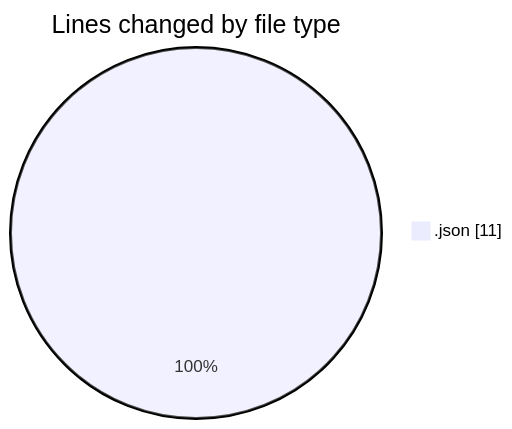
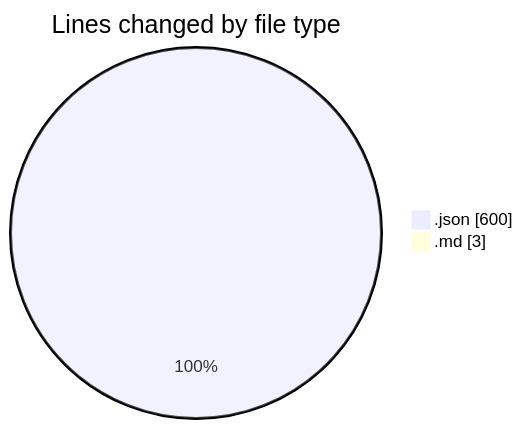
The first of 2 diagrams in 2025-08-13/universal-credit/README.md (EIIisD/code-tracking), drawn with Mermaid before and after one commit. The commit also changed other lines of this file and 1 other file, not shown here.

````diff
--- a/2025-08-13/universal-credit/README.md
+++ b/2025-08-13/universal-credit/README.md
@@ -20,5 +22,6 @@
 ```mermaid
 pie showData
 title Lines changed by file type
-".json" : 11
+".json" : 600
+".md" : 3
 ```
````
